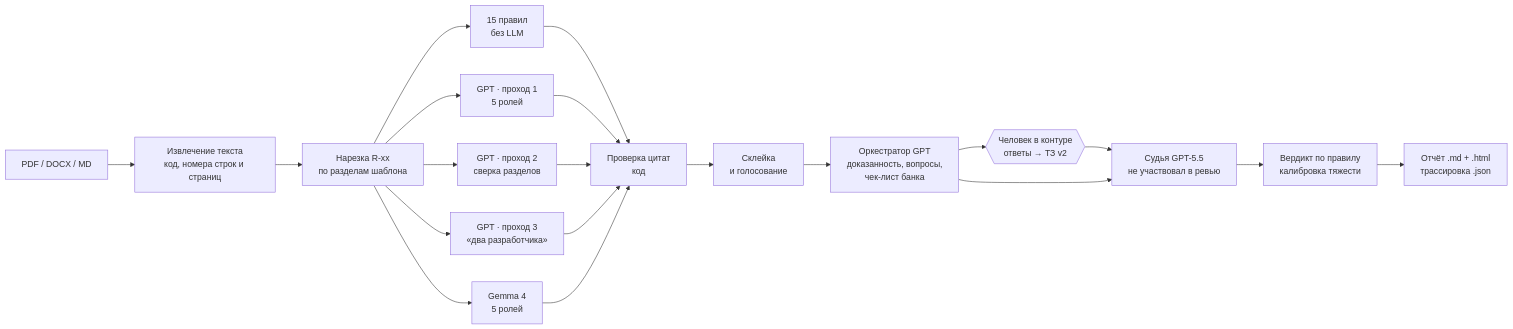
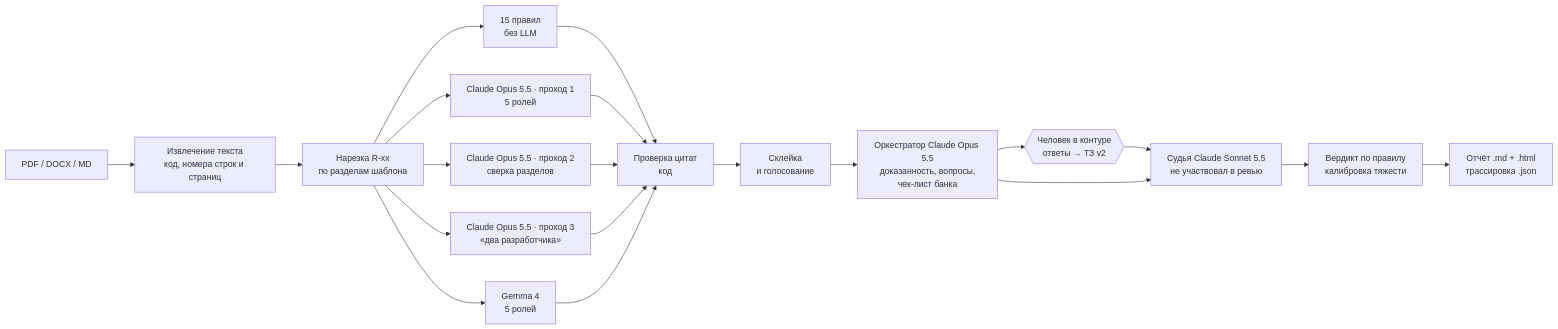
Before and after one commit to Aldibek/AI_agent_hack: the diagram in README.md, drawn with Mermaid. The commit also changed other lines of this file and 11 other files, not shown here.

````diff
--- a/README.md
+++ b/README.md
@@ -22,22 +22,22 @@
 ```mermaid
 flowchart LR
     IN[PDF / DOCX / MD] --> ING[Извлечение текста<br/>код, номера строк и страниц]
     ING --> SEG[Нарезка R-xx<br/>по разделам шаблона]
     SEG --> RUL[15 правил<br/>без LLM]
-    SEG --> R1[GPT · проход 1<br/>5 ролей]
-    SEG --> R2[GPT · проход 2<br/>сверка разделов]
-    SEG --> R4[GPT · проход 3<br/>«два разработчика»]
+    SEG --> R1[Claude Opus 5.5 · проход 1<br/>5 ролей]
+    SEG --> R2[Claude Opus 5.5 · проход 2<br/>сверка разделов]
+    SEG --> R4[Claude Opus 5.5 · проход 3<br/>«два разработчика»]
     SEG --> R3[Gemma 4<br/>5 ролей]
     RUL --> GR[Проверка цитат<br/>код]
     R1 --> GR
     R2 --> GR
     R4 --> GR
     R3 --> GR
     GR --> MRG[Склейка<br/>и голосование]
-    MRG --> ORC[Оркестратор GPT<br/>доказанность, вопросы,<br/>чек-лист банка]
+    MRG --> ORC[Оркестратор Claude Opus 5.5<br/>доказанность, вопросы,<br/>чек-лист банка]
     ORC --> HUM{{Человек в контуре<br/>ответы → ТЗ v2}}
-    HUM --> JDG[Судья GPT-5.5<br/>не участвовал в ревью]
+    HUM --> JDG[Судья Claude Sonnet 5.5<br/>не участвовал в ревью]
     ORC --> JDG
     JDG --> VER[Вердикт по правилу<br/>калибровка тяжести]
     VER --> OUT[Отчёт .md + .html<br/>трассировка .json]
 ```
````
